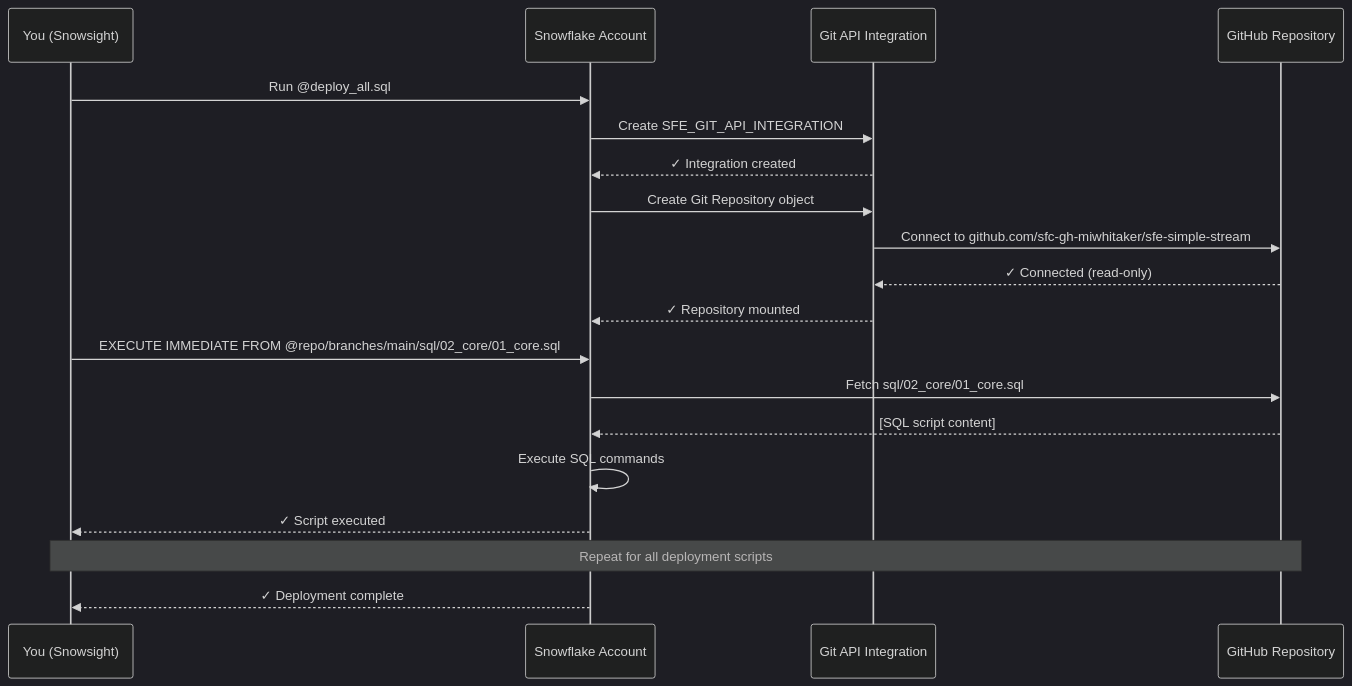
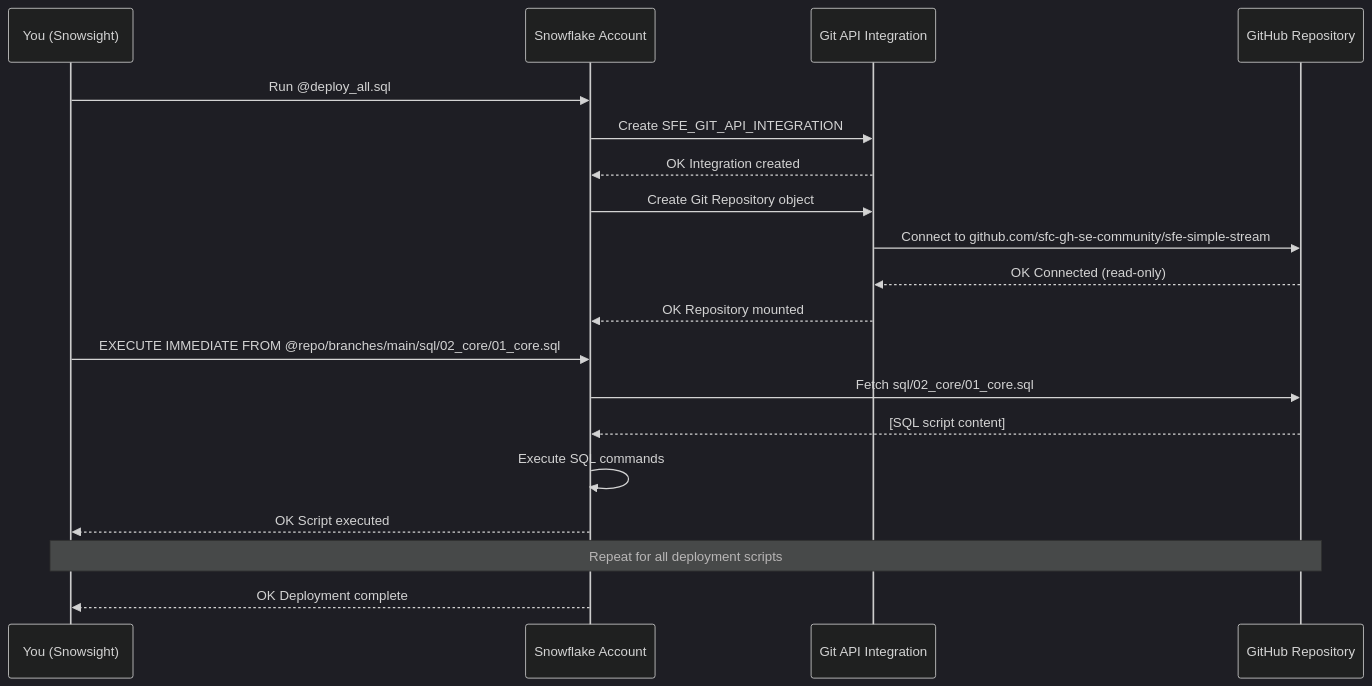
Before and after one commit to sfc-gh-miwhitaker/sfe-simple-stream: the diagram in docs/02-DEPLOYMENT.md, drawn with Mermaid (dark theme). The commit also changed other lines of this file and 37 other files, not shown here.

````diff
--- a/docs/02-DEPLOYMENT.md
+++ b/docs/02-DEPLOYMENT.md
@@ -223,26 +223,26 @@
 ```mermaid
 sequenceDiagram
     participant User as You (Snowsight)
     participant SF as Snowflake Account
     participant API as Git API Integration
     participant GH as GitHub Repository
-    
+
     User->>SF: Run @deploy_all.sql
     SF->>API: Create SFE_GIT_API_INTEGRATION
-    API-->>SF: ✓ Integration created
-    
+    API-->>SF: OK Integration created
+
     SF->>API: Create Git Repository object
-    API->>GH: Connect to github.com/sfc-gh-miwhitaker/sfe-simple-stream
-    GH-->>API: ✓ Connected (read-only)
-    API-->>SF: ✓ Repository mounted
-    
+    API->>GH: Connect to github.com/sfc-gh-se-community/sfe-simple-stream
+    GH-->>API: OK Connected (read-only)
+    API-->>SF: OK Repository mounted
+
     User->>SF: EXECUTE IMMEDIATE FROM @repo/branches/main/sql/02_core/01_core.sql
     SF->>GH: Fetch sql/02_core/01_core.sql
     GH-->>SF: [SQL script content]
     SF->>SF: Execute SQL commands
-    SF-->>User: ✓ Script executed
-    
+    SF-->>User: OK Script executed
+
     Note over User,GH: Repeat for all deployment scripts
-    
-    SF-->>User: ✓ Deployment complete
+
+    SF-->>User: OK Deployment complete
 ```
````
